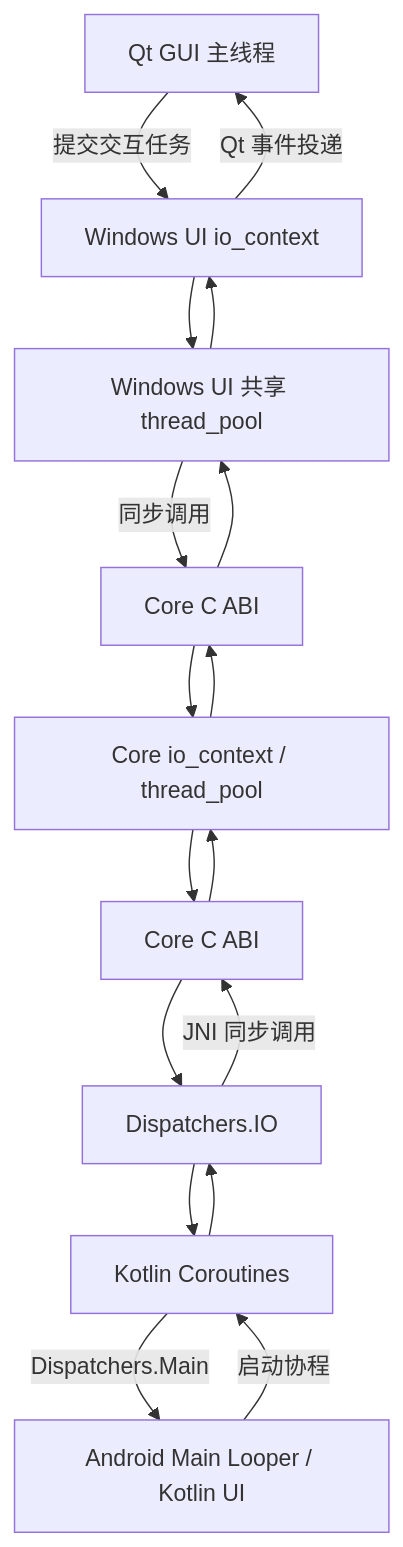
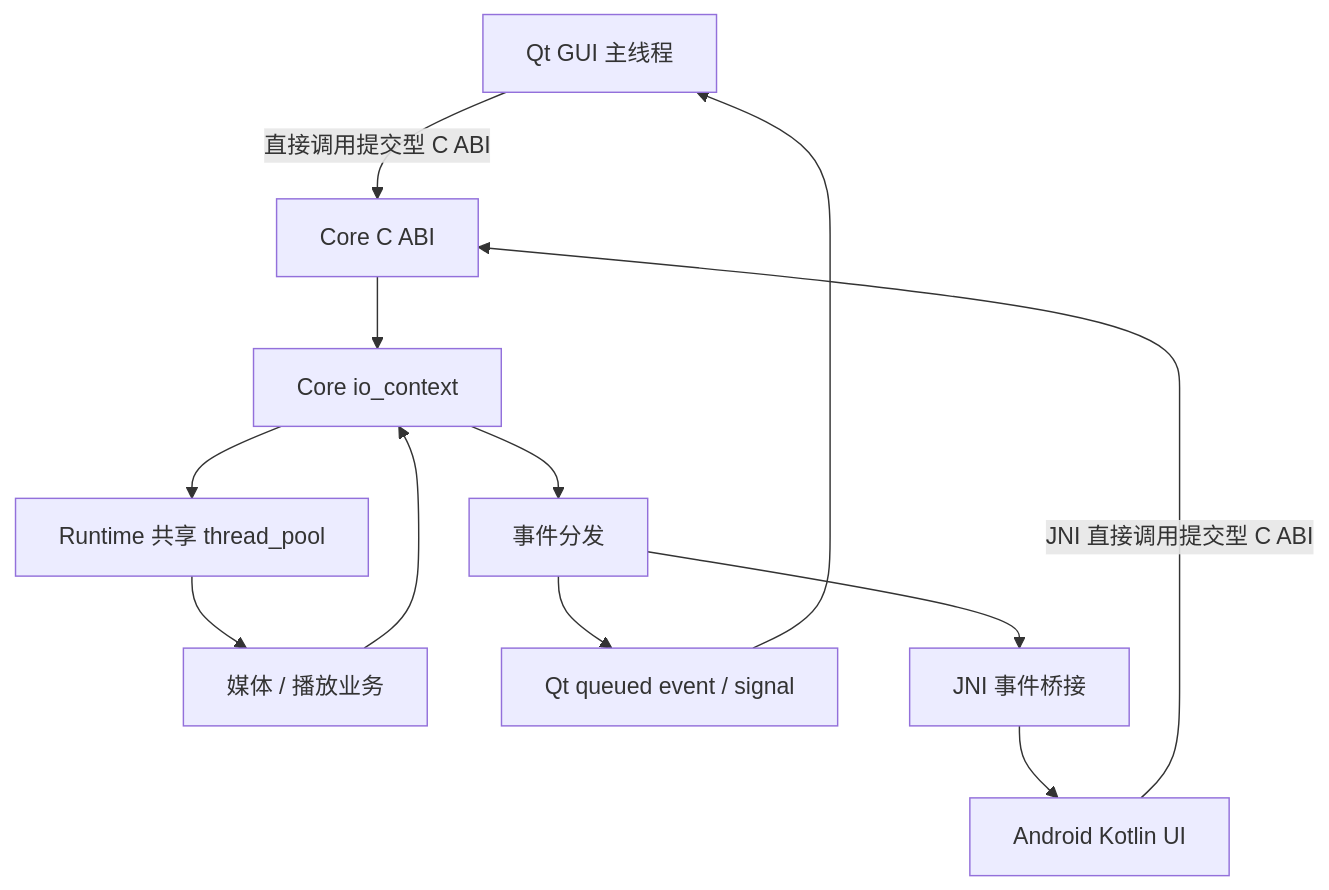
The sixth of 8 diagrams in docs/ARCHITECTURE.md (kerlfx/LNAudio), drawn with Mermaid before and after one commit. The commit also changed other lines of this file, not shown here.

Commit message:
docs: define asynchronous C ABI submission model

```diff
--- a/docs/ARCHITECTURE.md
+++ b/docs/ARCHITECTURE.md
@@ -445,20 +459,14 @@
 ~~~mermaid
 flowchart TD
-    A[Qt GUI 主线程] -->|提交交互任务| B[Windows UI io_context]
-    B --> C[Windows UI 共享 thread_pool]
-    C -->|同步调用| D[Core C ABI]
-    D --> E[Core io_context / thread_pool]
-    E --> D
-    D --> C
-    C --> B
-    B -->|Qt 事件投递| A
-
-    F[Android Main Looper / Kotlin UI] -->|启动协程| G[Kotlin Coroutines]
-    G --> H[Dispatchers.IO]
-    H -->|JNI 同步调用| D2[Core C ABI]
-    D2 --> E
-    E --> D2
-    D2 --> H
-    H --> G
-    G -->|Dispatchers.Main| F
+    A[Qt GUI 主线程] -->|直接调用提交型 C ABI| B[Core C ABI]
+    C[Android Kotlin UI] -->|JNI 直接调用提交型 C ABI| B
+    B --> D[Core io_context]
+    D --> E[Runtime 共享 thread_pool]
+    E --> F[媒体 / 播放业务]
+    F --> D
+    D --> G[事件分发]
+    G --> H[Qt queued event / signal]
+    G --> I[JNI 事件桥接]
+    H --> A
+    I --> C
 ~~~
```
